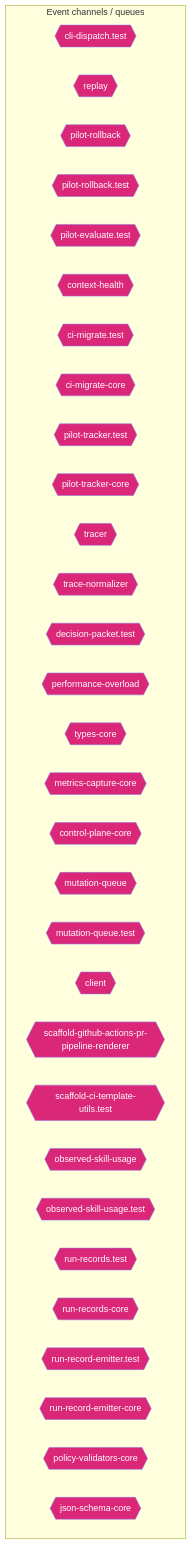
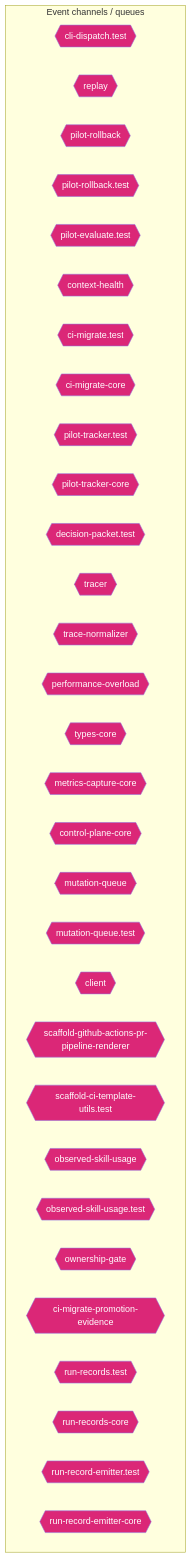
Before and after one commit to jscraik/coding-harness: the ninth of 14 diagrams in AI/context/diagram-context.md, drawn with Mermaid. The commit also changed other lines of this file and 52 other files, not shown here.

````diff
--- a/AI/context/diagram-context.md
+++ b/AI/context/diagram-context.md
@@ -1553,38 +1557,38 @@
 ```mermaid
 flowchart TD
   subgraph Channels["Event channels / queues"]
     cli_dispatch_test_54c9f17b{{"cli-dispatch.test"}}
     replay_ac203c98{{"replay"}}
     pilot_rollback_00c1f82c{{"pilot-rollback"}}
     pilot_rollback_test_e61d5a2b{{"pilot-rollback.test"}}
     pilot_evaluate_test_a2ac06fc{{"pilot-evaluate.test"}}
     context_health_80bb7da9{{"context-health"}}
     ci_migrate_test_2a015bb9{{"ci-migrate.test"}}
     ci_migrate_core_7005b5af{{"ci-migrate-core"}}
     pilot_tracker_test_80398a66{{"pilot-tracker.test"}}
     pilot_tracker_core_80d8ac96{{"pilot-tracker-core"}}
+    decision_packet_test_9ea0e97b{{"decision-packet.test"}}
     tracer_1e6243a2{{"tracer"}}
     trace_normalizer_cb1be1d2{{"trace-normalizer"}}
-    decision_packet_test_9ea0e97b{{"decision-packet.test"}}
     performance_overload_c685bfcf{{"performance-overload"}}
     types_core_e405ddca{{"types-core"}}
     metrics_capture_core_db4bf7cf{{"metrics-capture-core"}}
     control_plane_core_db3b4cb2{{"control-plane-core"}}
     mutation_queue_ce5a530e{{"mutation-queue"}}
     mutation_queue_test_10b599e8{{"mutation-queue.test"}}
     client_1_914e1681{{"client"}}
     scaffold_github_actions_pr_pipeline_renderer_1ee18de5{{"scaffold-github-actions-pr-pipeline-renderer"}}
     scaffold_ci_template_utils_test_b94825d9{{"scaffold-ci-template-utils.test"}}
     observed_skill_usage_ed7d5930{{"observed-skill-usage"}}
     observed_skill_usage_test_311c215a{{"observed-skill-usage.test"}}
+    ownership_gate_2e194d13{{"ownership-gate"}}
+    ci_migrate_promotion_evidence_1a2dc527{{"ci-migrate-promotion-evidence"}}
     run_records_test_3ee6a0e3{{"run-records.test"}}
     run_records_core_89286dfa{{"run-records-core"}}
     run_record_emitter_test_5475c0da{{"run-record-emitter.test"}}
     run_record_emitter_core_688049d5{{"run-record-emitter-core"}}
-    policy_validators_core_714a3fe7{{"policy-validators-core"}}
-    json_schema_core_96d7e328{{"json-schema-core"}}
   end
   classDef eventNode fill:#db2777,color:#fff
-  class cli_dispatch_test_54c9f17b,replay_ac203c98,pilot_rollback_00c1f82c,pilot_rollback_test_e61d5a2b,pilot_evaluate_test_a2ac06fc,context_health_80bb7da9,ci_migrate_test_2a015bb9,ci_migrate_core_7005b5af,pilot_tracker_test_80398a66,pilot_tracker_core_80d8ac96,tracer_1e6243a2,trace_normalizer_cb1be1d2,decision_packet_test_9ea0e97b,performance_overload_c685bfcf,types_core_e405ddca,metrics_capture_core_db4bf7cf,control_plane_core_db3b4cb2,mutation_queue_ce5a530e,mutation_queue_test_10b599e8,client_1_914e1681,scaffold_github_actions_pr_pipeline_renderer_1ee18de5,scaffold_ci_template_utils_test_b94825d9,observed_skill_usage_ed7d5930,observed_skill_usage_test_311c215a,run_records_test_3ee6a0e3,run_records_core_89286dfa,run_record_emitter_test_5475c0da,run_record_emitter_core_688049d5,policy_validators_core_714a3fe7,json_schema_core_96d7e328 eventNode
+  class cli_dispatch_test_54c9f17b,replay_ac203c98,pilot_rollback_00c1f82c,pilot_rollback_test_e61d5a2b,pilot_evaluate_test_a2ac06fc,context_health_80bb7da9,ci_migrate_test_2a015bb9,ci_migrate_core_7005b5af,pilot_tracker_test_80398a66,pilot_tracker_core_80d8ac96,decision_packet_test_9ea0e97b,tracer_1e6243a2,trace_normalizer_cb1be1d2,performance_overload_c685bfcf,types_core_e405ddca,metrics_capture_core_db4bf7cf,control_plane_core_db3b4cb2,mutation_queue_ce5a530e,mutation_queue_test_10b599e8,client_1_914e1681,scaffold_github_actions_pr_pipeline_renderer_1ee18de5,scaffold_ci_template_utils_test_b94825d9,observed_skill_usage_ed7d5930,observed_skill_usage_test_311c215a,ownership_gate_2e194d13,ci_migrate_promotion_evidence_1a2dc527,run_records_test_3ee6a0e3,run_records_core_89286dfa,run_record_emitter_test_5475c0da,run_record_emitter_core_688049d5 eventNode
 
 ```
````
